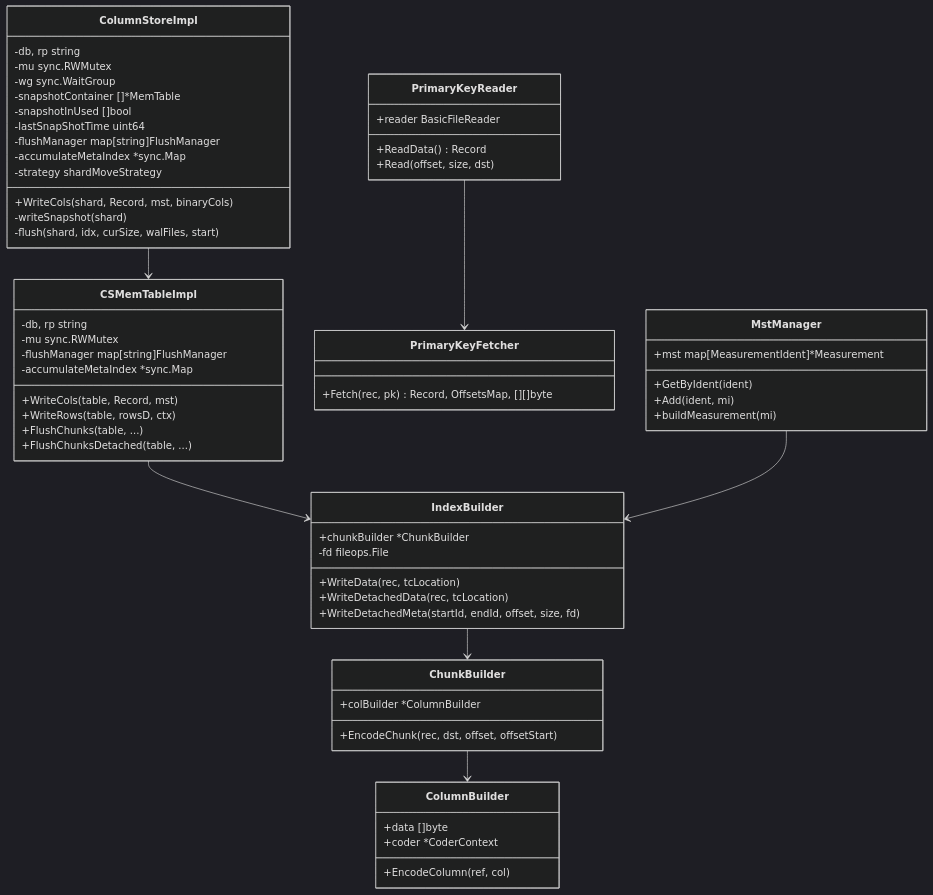
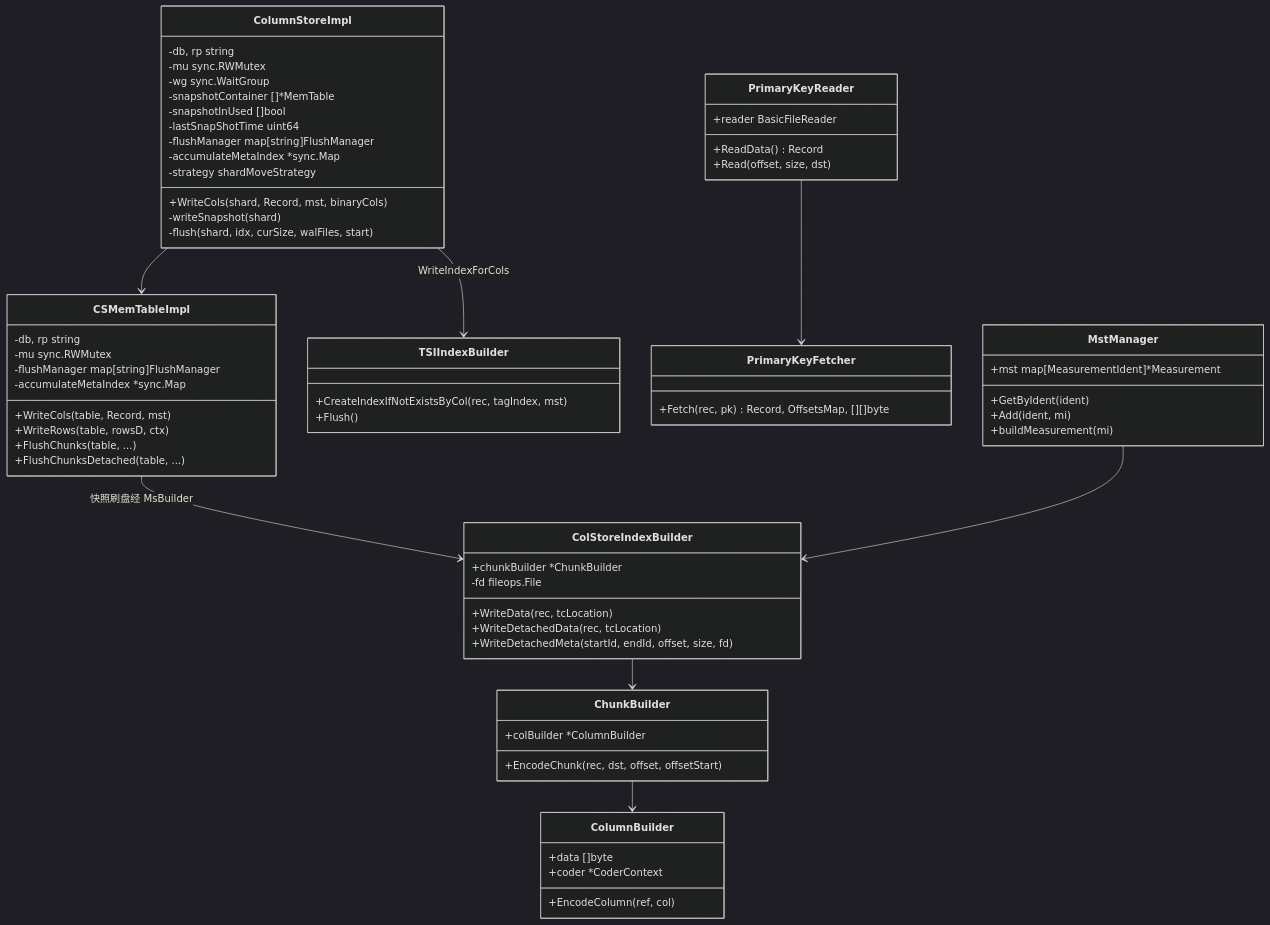
The third of 12 diagrams in docs/specs/11_column_store_spec.md (stefanv5/openGemini), drawn with Mermaid (dark theme) before and after one commit. The commit also changed other lines of this file and 37 other files, not shown here.

````diff
--- a/docs/specs/11_column_store_spec.md
+++ b/docs/specs/11_column_store_spec.md
@@ -122,71 +127,77 @@
 ```mermaid
 classDiagram
     class ColumnStoreImpl {
         -db, rp string
         -mu sync.RWMutex
         -wg sync.WaitGroup
         -snapshotContainer []*MemTable
         -snapshotInUsed []bool
         -lastSnapShotTime uint64
         -flushManager map[string]FlushManager
         -accumulateMetaIndex *sync.Map
         -strategy shardMoveStrategy
         +WriteCols(shard, Record, mst, binaryCols)
         -writeSnapshot(shard)
         -flush(shard, idx, curSize, walFiles, start)
     }
 
     class CSMemTableImpl {
         -db, rp string
         -mu sync.RWMutex
         -flushManager map[string]FlushManager
         -accumulateMetaIndex *sync.Map
         +WriteCols(table, Record, mst)
         +WriteRows(table, rowsD, ctx)
         +FlushChunks(table, ...)
         +FlushChunksDetached(table, ...)
     }
 
-    class IndexBuilder {
+    class ColStoreIndexBuilder {
         +chunkBuilder *ChunkBuilder
         -fd fileops.File
         +WriteData(rec, tcLocation)
         +WriteDetachedData(rec, tcLocation)
         +WriteDetachedMeta(startId, endId, offset, size, fd)
+    }
+
+    class TSIIndexBuilder {
+        +CreateIndexIfNotExistsByCol(rec, tagIndex, mst)
+        +Flush()
     }
 
     class ChunkBuilder {
         +colBuilder *ColumnBuilder
         +EncodeChunk(rec, dst, offset, offsetStart)
     }
 
     class ColumnBuilder {
         +data []byte
         +coder *CoderContext
         +EncodeColumn(ref, col)
     }
 
     class PrimaryKeyReader {
         +reader BasicFileReader
         +ReadData() Record
         +Read(offset, size, dst)
     }
 
     class PrimaryKeyFetcher {
         +Fetch(rec, pk) Record, OffsetsMap, [][]byte
     }
 
     class MstManager {
         +mst map[MeasurementIdent]*Measurement
         +GetByIdent(ident)
         +Add(ident, mi)
         +buildMeasurement(mi)
     }
 
     ColumnStoreImpl --> CSMemTableImpl
-    CSMemTableImpl --> IndexBuilder
-    IndexBuilder --> ChunkBuilder
+    ColumnStoreImpl --> TSIIndexBuilder : WriteIndexForCols
+    CSMemTableImpl --> ColStoreIndexBuilder : 快照刷盘经 MsBuilder
+    ColStoreIndexBuilder --> ChunkBuilder
     ChunkBuilder --> ColumnBuilder
-    MstManager --> IndexBuilder
+    MstManager --> ColStoreIndexBuilder
     PrimaryKeyReader --> PrimaryKeyFetcher
 ```
````
